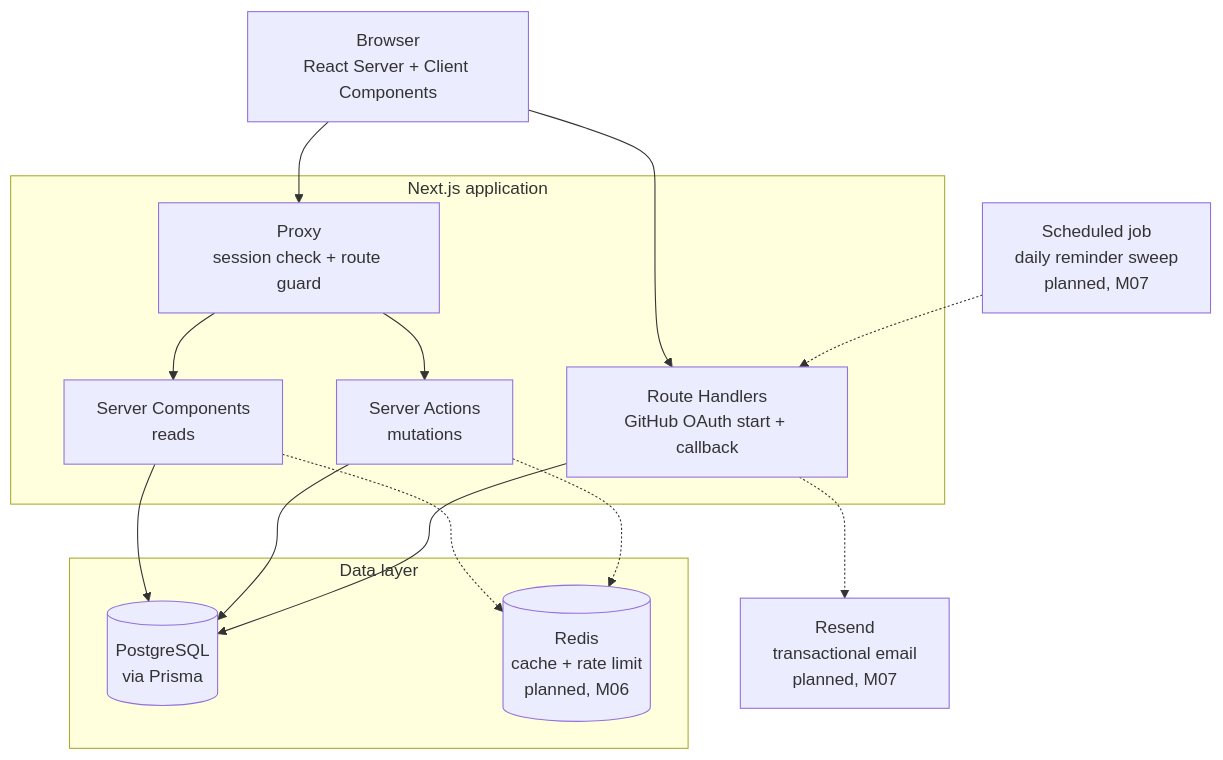
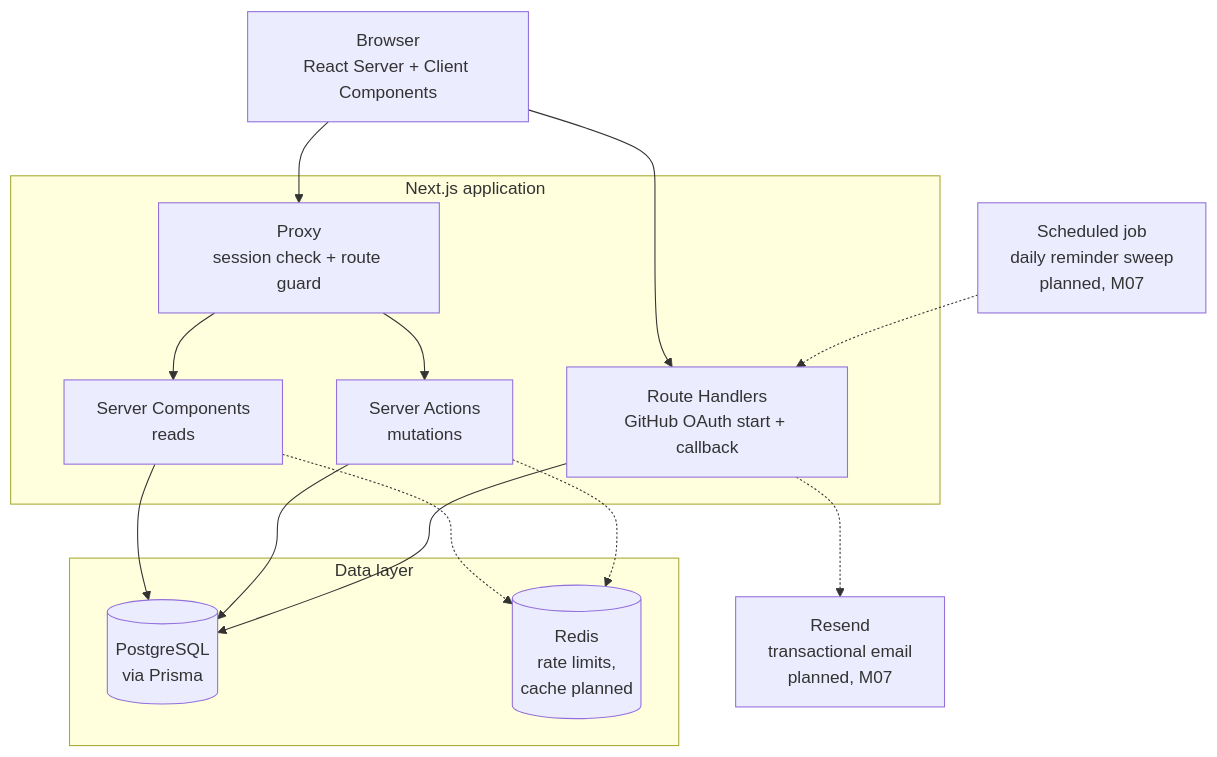
One commit to aahmoh04/job-application-tracker-AM changed the first of 2 diagrams in README.md. Above: the diagram before and after it, drawn with Mermaid. The commit also changed other lines of this file and 15 other files, not shown here.

Commit message:
feat: rate limit sign-in and sign-up with a sliding window in Redis

````diff
--- a/README.md
+++ b/README.md
@@ -141,31 +142,31 @@
 ```mermaid
 flowchart TB
     Browser["Browser<br/>React Server + Client Components"]
 
     subgraph app["Next.js application"]
         PX["Proxy<br/>session check + route guard"]
         RSC["Server Components<br/>reads"]
         SA["Server Actions<br/>mutations"]
         API["Route Handlers<br/>GitHub OAuth start + callback"]
     end
 
     subgraph data["Data layer"]
         PG[("PostgreSQL<br/>via Prisma")]
-        RD[("Redis<br/>cache + rate limit<br/>planned, M06")]
+        RD[("Redis<br/>rate limits,<br/>cache planned")]
     end
 
     RES["Resend<br/>transactional email<br/>planned, M07"]
     CRON["Scheduled job<br/>daily reminder sweep<br/>planned, M07"]
 
     Browser --> PX
     PX --> RSC
     PX --> SA
     Browser --> API
     RSC --> PG
     SA --> PG
     API --> PG
     RSC -.-> RD
     SA -.-> RD
     CRON -.-> API
     API -.-> RES
 ```
````
